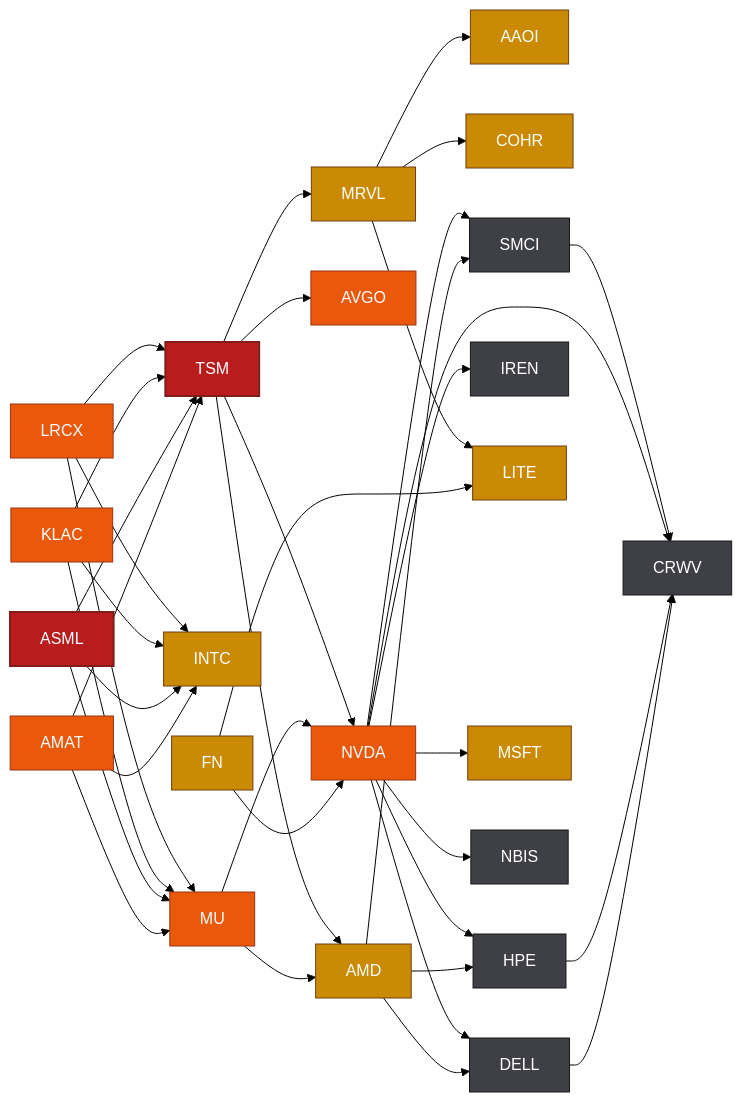
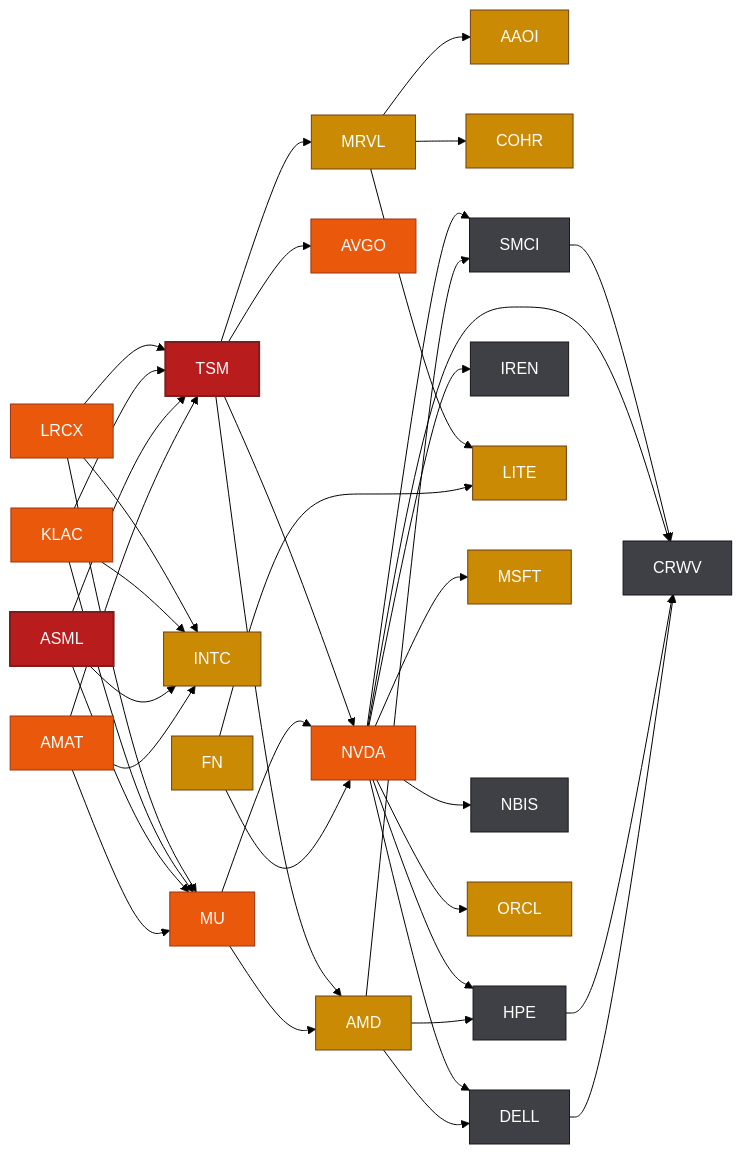
Before and after one commit to Ali0600/stocks-vault: the diagram in Maps/AI Supply Chain.md, drawn with Mermaid (forest theme). The commit also changed other lines of this file and 8 other files, not shown here.

````diff
--- a/Maps/AI Supply Chain.md
+++ b/Maps/AI Supply Chain.md
@@ -74,66 +74,68 @@
 ```mermaid
 graph LR
   classDef extreme fill:#b91c1c,color:#fff,stroke:#7f1d1d,stroke-width:2px;
   classDef high fill:#ea580c,color:#fff,stroke:#9a3412;
   classDef medium fill:#ca8a04,color:#fff,stroke:#713f12;
   classDef low fill:#3f3f46,color:#fff,stroke:#18181b;
   classDef none fill:#52525b,color:#fff,stroke:#27272a;
   AAOI[AAOI]:::medium
   AMAT[AMAT]:::high
   AMD[AMD]:::medium
   ASML[ASML]:::extreme
   AVGO[AVGO]:::high
   COHR[COHR]:::medium
   CRWV[CRWV]:::low
   DELL[DELL]:::low
   FN[FN]:::medium
   HPE[HPE]:::low
   INTC[INTC]:::medium
   IREN[IREN]:::low
   KLAC[KLAC]:::high
   LITE[LITE]:::medium
   LRCX[LRCX]:::high
   MRVL[MRVL]:::medium
   MSFT[MSFT]:::medium
   MU[MU]:::high
   NBIS[NBIS]:::low
   NVDA[NVDA]:::high
+  ORCL[ORCL]:::medium
   SMCI[SMCI]:::low
   TSM[TSM]:::extreme
   AMAT --> INTC
   AMAT --> MU
   AMAT --> TSM
   AMD --> DELL
   AMD --> HPE
   AMD --> SMCI
   ASML --> INTC
   ASML --> MU
   ASML --> TSM
   DELL --> CRWV
   FN --> LITE
   FN --> NVDA
   HPE --> CRWV
   KLAC --> INTC
   KLAC --> MU
   KLAC --> TSM
   LRCX --> INTC
   LRCX --> MU
   LRCX --> TSM
   MRVL --> AAOI
   MRVL --> COHR
   MRVL --> LITE
   MU --> AMD
   MU --> NVDA
   NVDA --> CRWV
   NVDA --> DELL
   NVDA --> HPE
   NVDA --> IREN
   NVDA --> MSFT
   NVDA --> NBIS
+  NVDA --> ORCL
   NVDA --> SMCI
   SMCI --> CRWV
   TSM --> AMD
   TSM --> AVGO
   TSM --> MRVL
   TSM --> NVDA
 ```
````
